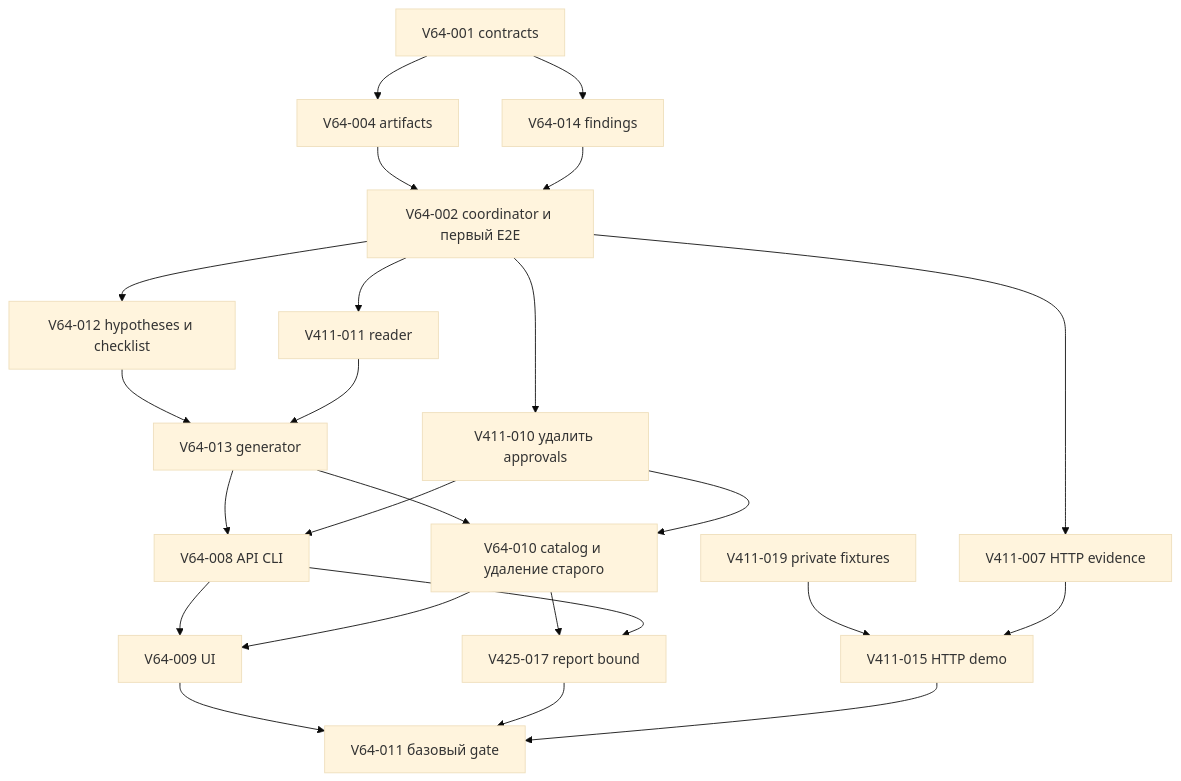
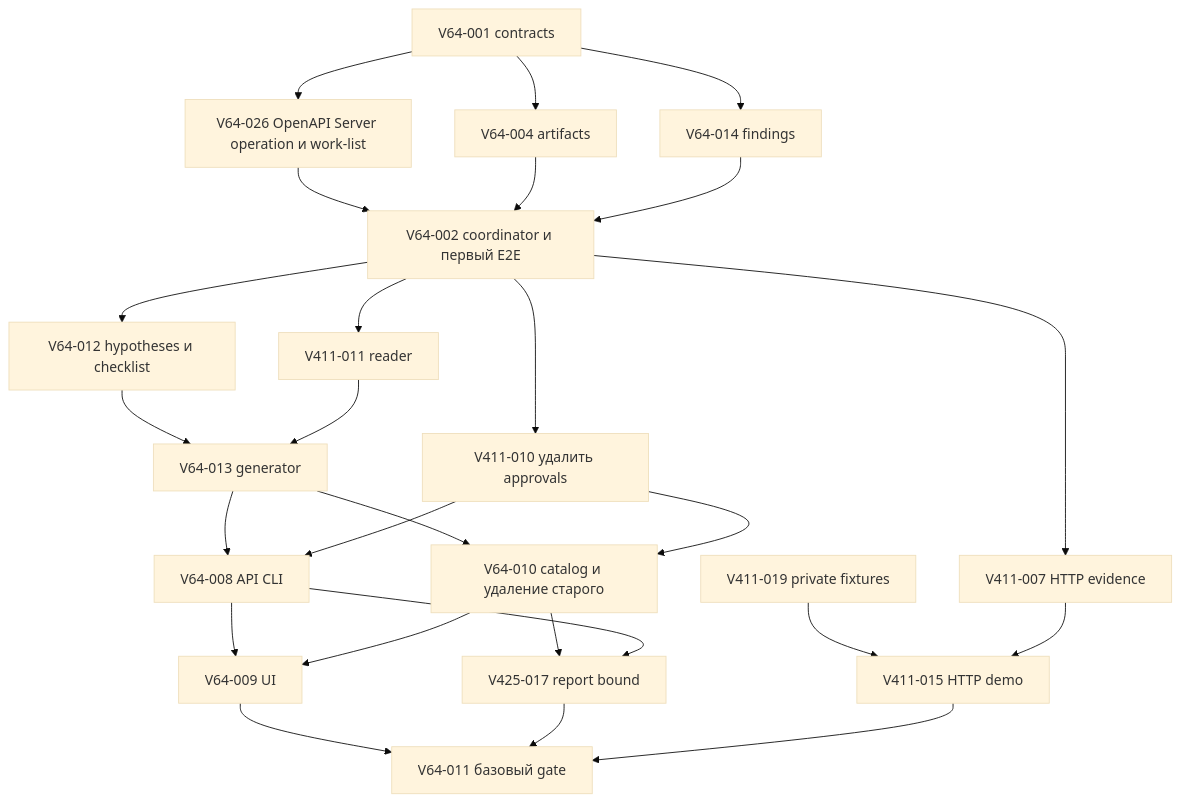
The diagram in docs/plans/2026-10-31-audit-redesign.md (grauwolf32/contractor), drawn with Mermaid (base theme) before and after one commit. The commit also changed other lines of this file and 9 other files, not shown here.

First line of the commit message:
docs(audit): define OpenAPI prepared-work prerequisite

````diff
--- a/docs/plans/2026-10-31-audit-redesign.md
+++ b/docs/plans/2026-10-31-audit-redesign.md
@@ -145,26 +176,28 @@
 ```mermaid
 flowchart TD
     C[V64-001 contracts] --> A[V64-004 artifacts]
     C --> F[V64-014 findings]
+    C --> P[V64-026 OpenAPI Server operation и work-list]
+    P --> E[V64-002 coordinator и первый E2E]
     A --> E[V64-002 coordinator и первый E2E]
     F --> E
     E --> H[V64-012 hypotheses и checklist]
     E --> X[V411-010 удалить approvals]
     E --> R[V411-011 reader]
     H --> G[V64-013 generator]
     R --> G
     G --> API[V64-008 API CLI]
     X --> API
     G --> CAT[V64-010 catalog и удаление старого]
     X --> CAT
     API --> UI[V64-009 UI]
     CAT --> UI
     CAT --> B[V425-017 report bound]
     API --> B
     E --> CAP[V411-007 HTTP evidence]
     FIX[V411-019 private fixtures] --> HTTP[V411-015 HTTP demo]
     CAP --> HTTP
     UI --> EXIT[V64-011 базовый gate]
     B --> EXIT
     HTTP --> EXIT
 ```
````
